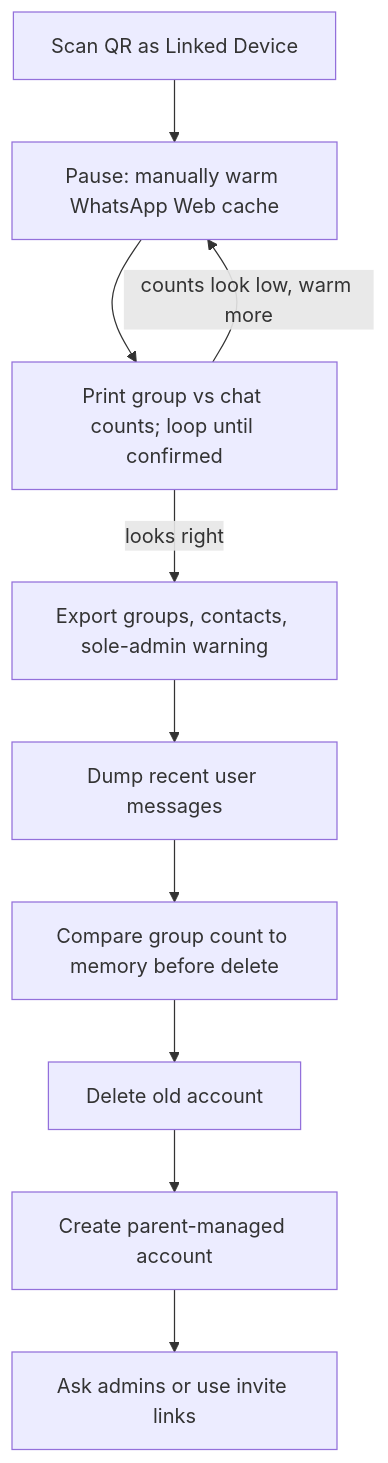
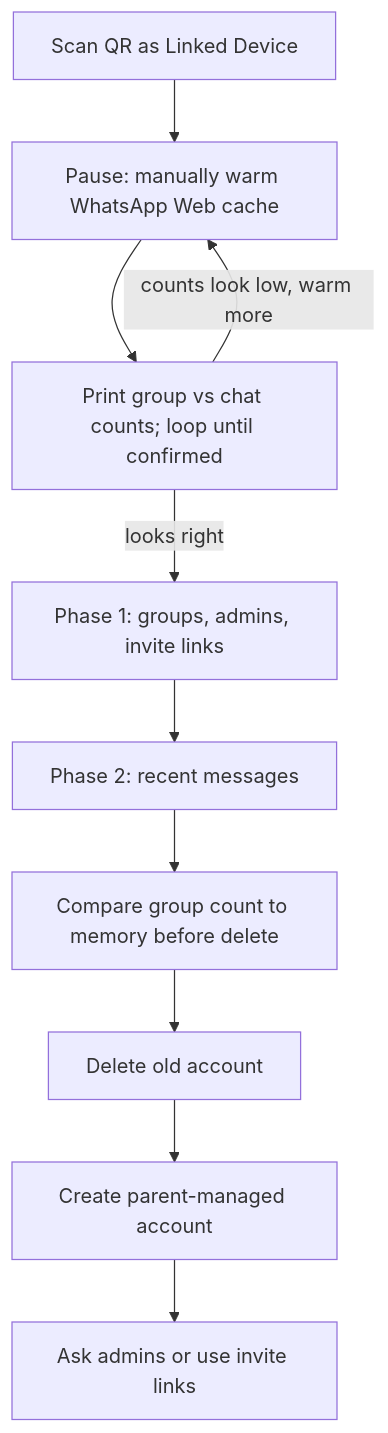
Before and after one commit to jamesholland-uk/whatsapp-backup-tool: the diagram in plan.md, drawn with Mermaid. The commit also changed other lines of this file, not shown here.

````diff
--- a/plan.md
+++ b/plan.md
@@ -39,16 +56,16 @@
 ```mermaid
 flowchart TD
     scan[Scan QR as Linked Device]
     warm[Pause: manually warm WhatsApp Web cache]
     count[Print group vs chat counts; loop until confirmed]
-    roster[Export groups, contacts, sole-admin warning]
-    chats[Dump recent user messages]
+    roster[Phase 1: groups, admins, invite links]
+    chats[Phase 2: recent messages]
     review[Compare group count to memory before delete]
     delete[Delete old account]
     recreate[Create parent-managed account]
     readd[Ask admins or use invite links]
     scan --> warm --> count
     count -->|"counts look low, warm more"| warm
     count -->|"looks right"| roster
     roster --> chats --> review --> delete --> recreate --> readd
 ```
````
